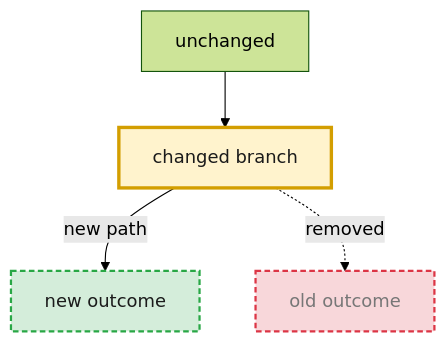
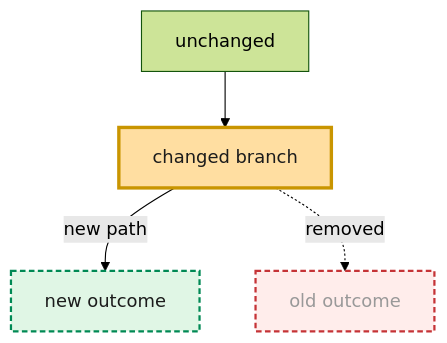
One commit to monica-at-gusto/monica-skills changed the second of 5 diagrams in control-flow-chart/references/mermaid-conventions.md. Above: the diagram before and after it, drawn with Mermaid (forest theme). The commit also changed other lines of this file and 3 other files, not shown here.

First line of the commit message:
control-flow-chart: Workbench theming, optional legend, sizing knob

````diff
--- a/control-flow-chart/references/mermaid-conventions.md
+++ b/control-flow-chart/references/mermaid-conventions.md
@@ -60,9 +60,9 @@
 ```mermaid
 flowchart TD
     A["unchanged"] --> B["changed branch"]:::changed
     B -->|new path| C["new outcome"]:::added
     B -.->|removed| D["old outcome"]:::removed
-    classDef added fill:#d4edda,stroke:#28a745,stroke-width:2px,stroke-dasharray:5 3,color:#1b1b1b;
-    classDef removed fill:#f8d7da,stroke:#dc3545,stroke-width:2px,stroke-dasharray:5 3,color:#777;
-    classDef changed fill:#fff3cd,stroke:#d39e00,stroke-width:3px,color:#1b1b1b;
+    classDef added fill:#e0f6e5,stroke:#008954,stroke-width:2px,stroke-dasharray:5 3,color:#1c1c1c;
+    classDef removed fill:#ffedeb,stroke:#c53336,stroke-width:2px,stroke-dasharray:5 3,color:#999;
+    classDef changed fill:#ffdea1,stroke:#c99500,stroke-width:3px,color:#1c1c1c;
 ```
````
